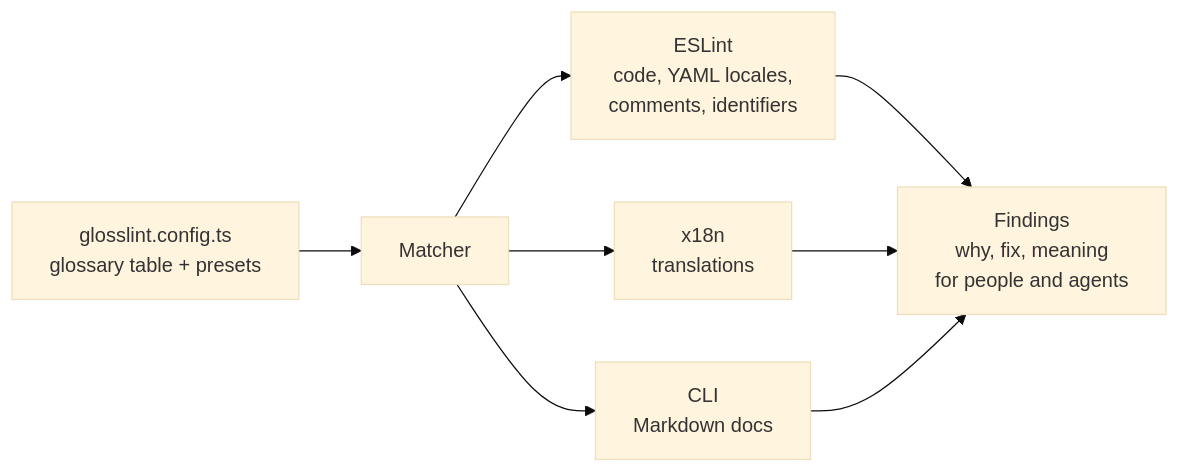
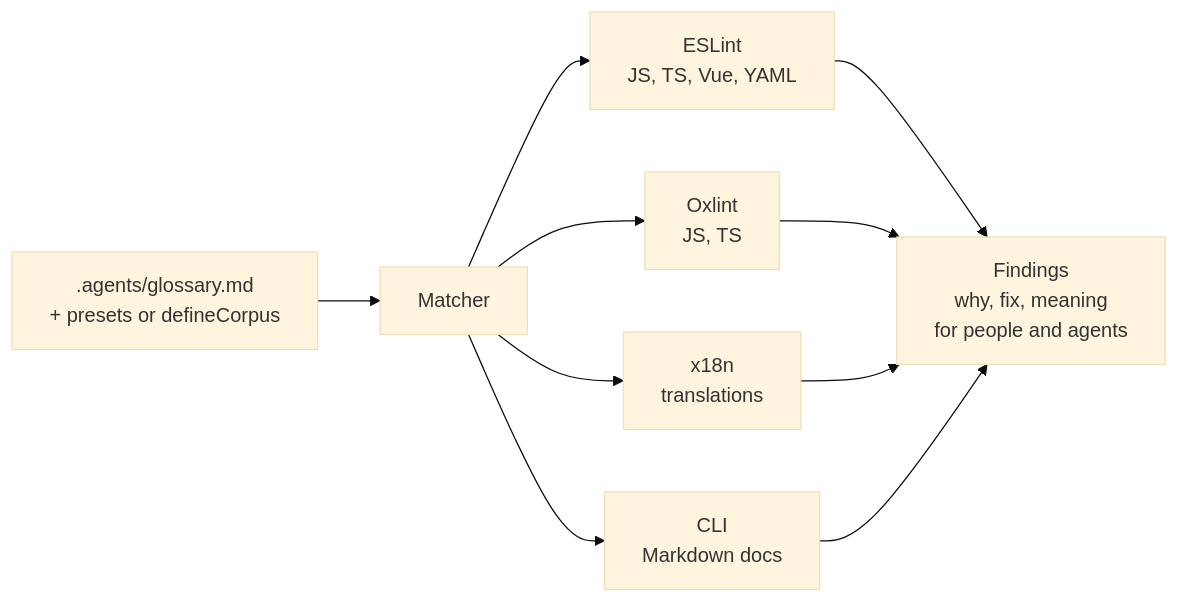
Before and after one commit to onmax/glosslint: the diagram in docs/content/guide/index.md, drawn with Mermaid (base theme). The commit also changed other lines of this file and 82 other files, not shown here.

First line of the commit message:
feat!: read the glossary from .agents/glossary.md, add glosslint doctor and an Oxlint plugin (#9)

````diff
--- a/docs/content/guide/index.md
+++ b/docs/content/guide/index.md
@@ -35,10 +35,12 @@
 ```mermaid
 flowchart LR
-  corpus["glosslint.config.ts<br/>glossary table + presets"] --> matcher["Matcher"]
-  matcher --> eslint["ESLint<br/>code, YAML locales,<br/>comments, identifiers"]
+  glossary[".agents/glossary.md<br/>+ presets or defineCorpus"] --> matcher["Matcher"]
+  matcher --> eslint["ESLint<br/>JS, TS, Vue, YAML"]
+  matcher --> oxlint["Oxlint<br/>JS, TS"]
   matcher --> x18n["x18n<br/>translations"]
   matcher --> cli["CLI<br/>Markdown docs"]
   eslint --> findings["Findings<br/>why, fix, meaning<br/>for people and agents"]
+  oxlint --> findings
   x18n --> findings
   cli --> findings
 ```
````
